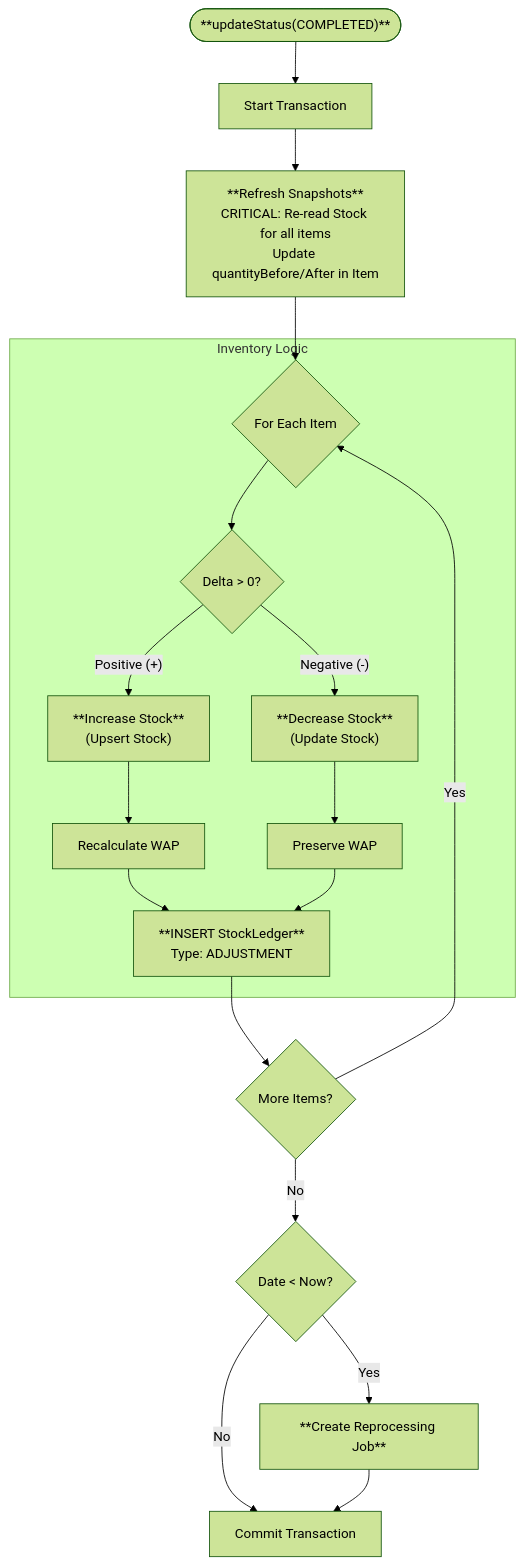
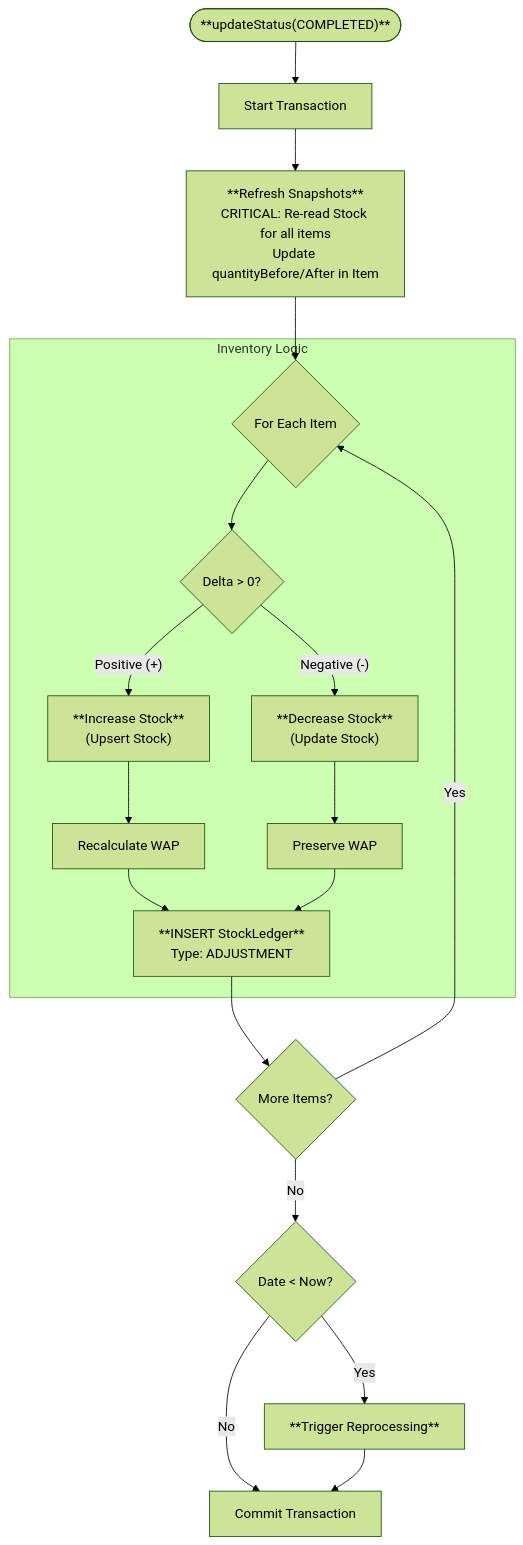
One commit to joldibaev/trade3-nestjs changed the sixth of 8 diagrams in docs/services/document-adjustment-methods.md. Above: the diagram before and after it, drawn with Mermaid (forest theme). The commit also changed 22 other files, not shown here.

````diff
--- a/docs/services/document-adjustment-methods.md
+++ b/docs/services/document-adjustment-methods.md
@@ -94,29 +94,29 @@
 ```mermaid
 flowchart TD
     Start(["**updateStatus(COMPLETED)**"]) --> Tx[Start Transaction]
     
     Tx --> Refresh["**Refresh Snapshots**<br/>CRITICAL: Re-read Stock for all items<br/>Update quantityBefore/After in Item"]
     
     Refresh --> Loop{For Each Item}
     
     subgraph "Inventory Logic"
         Loop --> CheckType{"Delta > 0?"}
         
         CheckType -- "Positive (+)" --> In["**Increase Stock**<br/>(Upsert Stock)"]
         In --> Wap[Recalculate WAP]
         
         CheckType -- "Negative (-)" --> Out["**Decrease Stock**<br/>(Update Stock)"]
         Out --> Cost[Preserve WAP]
         
         Wap & Cost --> Aud["**INSERT StockLedger**<br/>Type: ADJUSTMENT"]
     end
     
     Aud --> Next{More Items?}
     Next -- Yes --> Loop
     Next -- No --> Repro{"Date < Now?"}
     
-    Repro -- Yes --> Job[**Create Reprocessing Job**]
+    Repro -- Yes --> Job[**Trigger Reprocessing**]
     Repro -- No --> Commit
     
     Job --> Commit[Commit Transaction]
 ```
````
